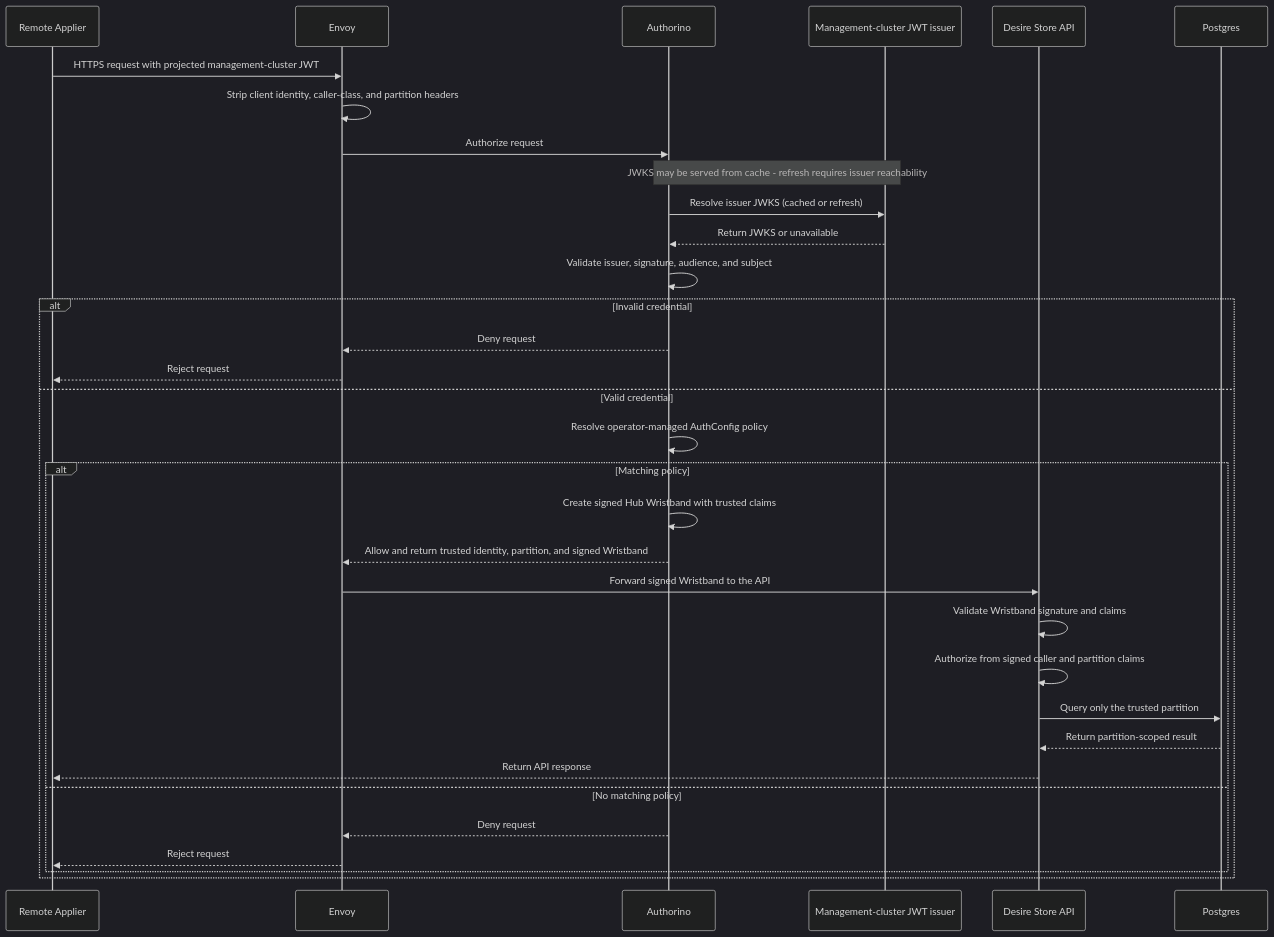
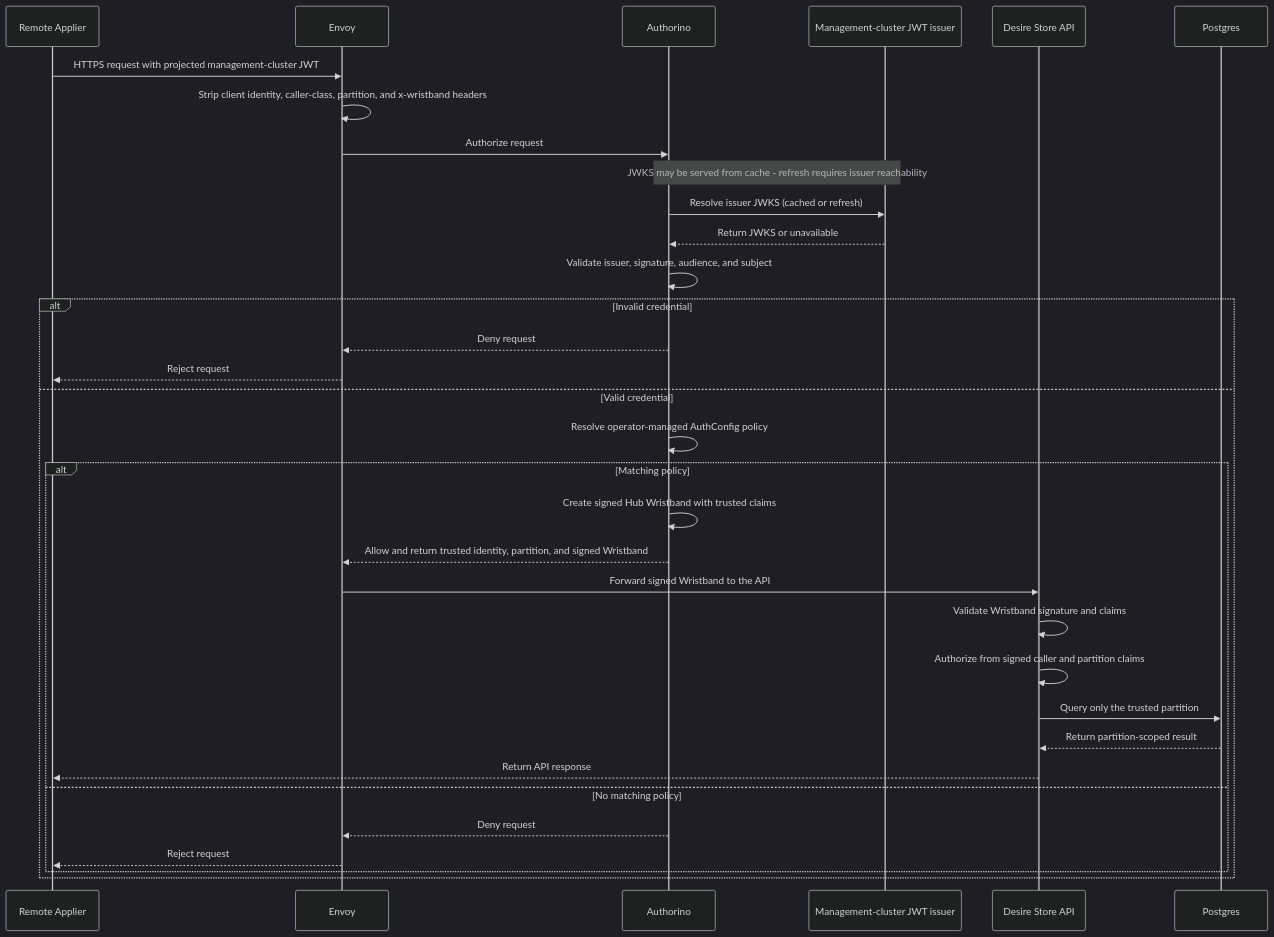
The second of 2 diagrams in hyperfleet/docs/desire-store-hld.md (openshift-hyperfleet/architecture), drawn with Mermaid (dark theme) before and after one commit. The commit also changed other lines of this file and 1 other file, not shown here.

Commit message:
HYPERFLEET-1645 - docs: enforce token age and wristband provenance in the Desire Store DD

````diff
--- a/hyperfleet/docs/desire-store-hld.md
+++ b/hyperfleet/docs/desire-store-hld.md
@@ -76,36 +76,36 @@
 ```mermaid
 sequenceDiagram
     participant AP as Remote Applier
     participant ENV as Envoy
     participant AUTH as Authorino
     participant MCISS as Management-cluster JWT issuer
     participant API as Desire Store API
     participant PG as Postgres
 
     AP->>ENV: HTTPS request with projected management-cluster JWT
-    ENV->>ENV: Strip client identity, caller-class, and partition headers
+    ENV->>ENV: Strip client identity, caller-class, partition, and x-wristband headers
     ENV->>AUTH: Authorize request
     Note over AUTH, MCISS: JWKS may be served from cache - refresh requires issuer reachability
     AUTH->>MCISS: Resolve issuer JWKS (cached or refresh)
     MCISS-->>AUTH: Return JWKS or unavailable
     AUTH->>AUTH: Validate issuer, signature, audience, and subject
     alt Invalid credential
         AUTH-->>ENV: Deny request
         ENV-->>AP: Reject request
     else Valid credential
         AUTH->>AUTH: Resolve operator-managed AuthConfig policy
         alt Matching policy
             AUTH->>AUTH: Create signed Hub Wristband with trusted claims
             AUTH-->>ENV: Allow and return trusted identity, partition, and signed Wristband
             ENV->>API: Forward signed Wristband to the API
             API->>API: Validate Wristband signature and claims
             API->>API: Authorize from signed caller and partition claims
             API->>PG: Query only the trusted partition
             PG-->>API: Return partition-scoped result
             API-->>AP: Return API response
         else No matching policy
             AUTH-->>ENV: Deny request
             ENV-->>AP: Reject request
         end
     end
 ```
````
